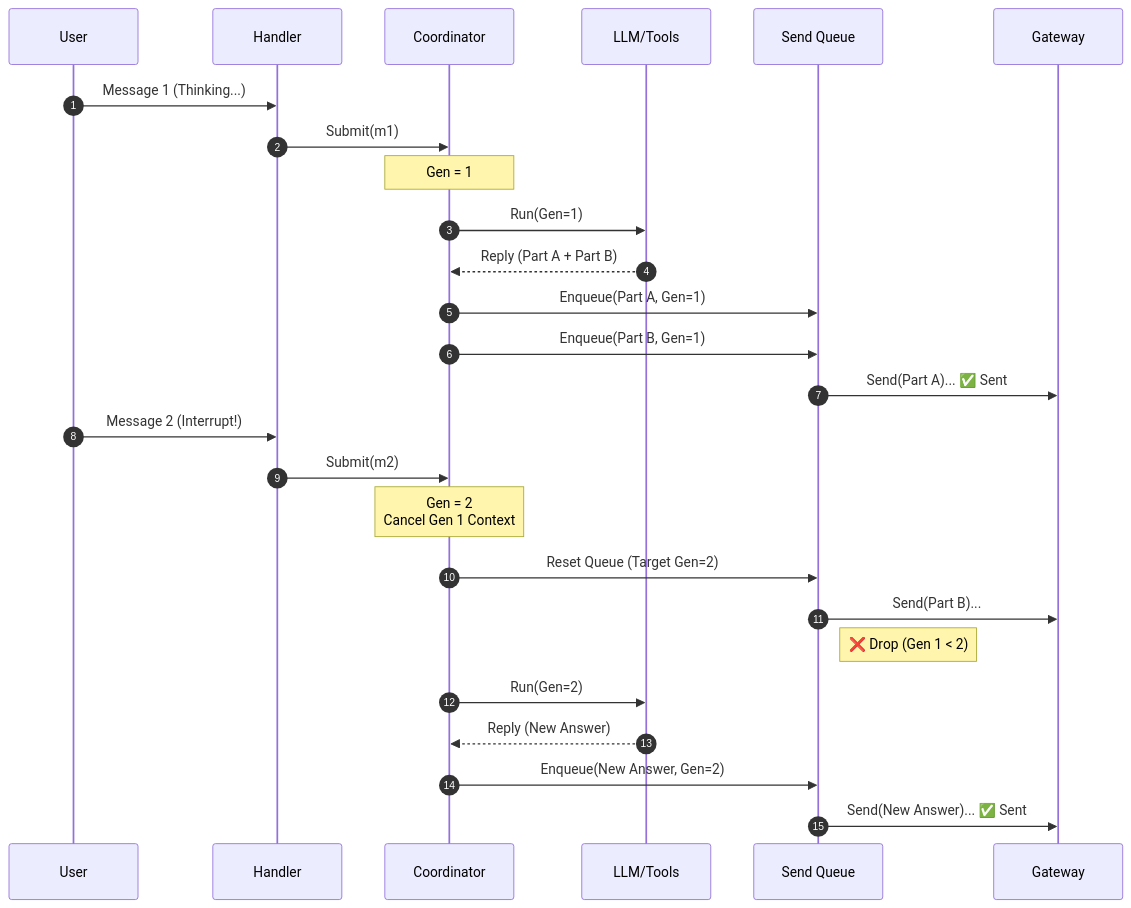
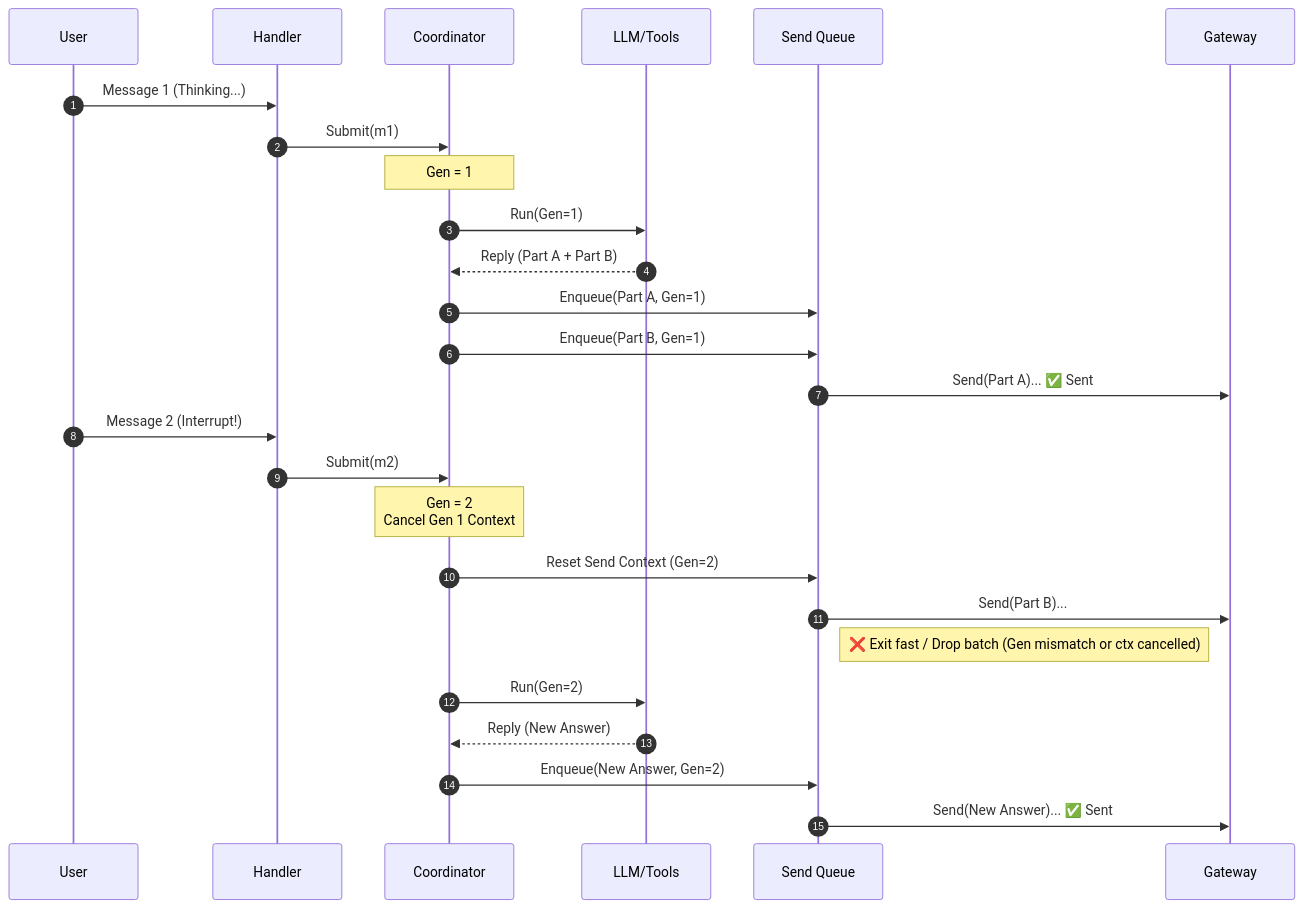
One commit to U1805/mew changed the second of 2 diagrams in website/blog/2026-01-21-assistant-agent-conversation-queues.mdx. Above: the diagram before and after it, drawn with Mermaid. The commit also changed other lines of this file and 4 other files, not shown here.

````diff
--- a/website/blog/2026-01-21-assistant-agent-conversation-queues.mdx
+++ b/website/blog/2026-01-21-assistant-agent-conversation-queues.mdx
@@ -105,37 +108,37 @@
 ```mermaid
 sequenceDiagram
     autonumber
     participant U as User
     participant H as Handler
     participant C as Coordinator
     participant L as LLM/Tools
     participant Q as Send Queue
     participant G as Gateway
 
     %% 第一条消息
     U->>H: Message 1 (Thinking...)
     H->>C: Submit(m1)
     Note over C: Gen = 1
     C->>L: Run(Gen=1)
     L-->>C: Reply (Part A + Part B)
     C->>Q: Enqueue(Part A, Gen=1)
     C->>Q: Enqueue(Part B, Gen=1)
     
     Q->>G: Send(Part A)... ✅ Sent
 
     %% 第二条消息 (打断)
     U->>H: Message 2 (Interrupt!)
     H->>C: Submit(m2)
     Note over C: Gen = 2<br/>Cancel Gen 1 Context
-    C->>Q: Reset Queue (Target Gen=2)
+    C->>Q: Reset Send Context (Gen=2)
     
     %% 旧任务的残余动作
     Q->>G: Send(Part B)... 
-    Note right of Q: ❌ Drop (Gen 1 < 2)
+    Note right of Q: ❌ Exit fast / Drop batch (Gen mismatch or ctx cancelled)
     
     %% 新任务开始
     C->>L: Run(Gen=2)
     L-->>C: Reply (New Answer)
     C->>Q: Enqueue(New Answer, Gen=2)
     Q->>G: Send(New Answer)... ✅ Sent
 ```
````
